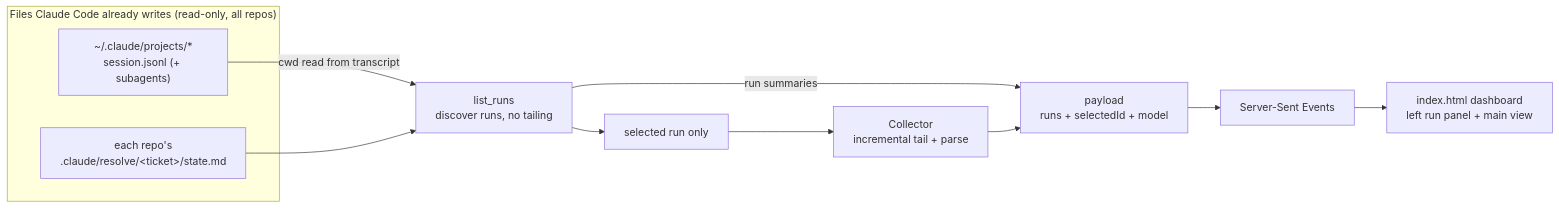
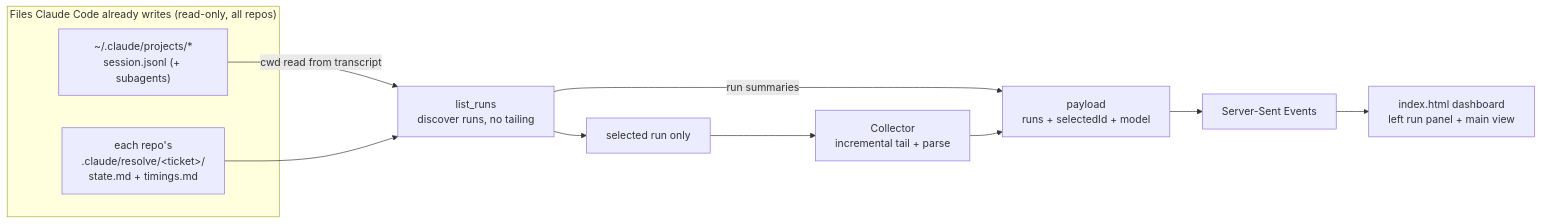
The diagram in plugins/issue-to-pr-pipeline/skills/resolve-issue-dashboard/README.md (softwareone-platform/issue-to-pr), drawn with Mermaid before and after one commit. The commit also changed other lines of this file and 10 other files, not shown here.

First line of the commit message:
add per-step timings to resolve-issue pipeline

````diff
--- a/plugins/issue-to-pr-pipeline/skills/resolve-issue-dashboard/README.md
+++ b/plugins/issue-to-pr-pipeline/skills/resolve-issue-dashboard/README.md
@@ -13,15 +13,15 @@
 ```mermaid
 flowchart LR
     subgraph SOURCES["Files Claude Code already writes (read-only, all repos)"]
         PROJ["~/.claude/projects/*<br>session.jsonl (+ subagents)"]
-        ST["each repo's<br>.claude/resolve/&lt;ticket&gt;/state.md"]
+        ST["each repo's<br>.claude/resolve/&lt;ticket&gt;/<br>state.md + timings.md"]
     end
     PROJ -->|"cwd read from transcript"| DISC["list_runs<br>discover runs, no tailing"]
     ST --> DISC
     DISC -->|"run summaries"| PAY["payload<br>runs + selectedId + model"]
     DISC --> SEL["selected run only"]
     SEL --> TAIL["Collector<br>incremental tail + parse"]
     TAIL --> PAY
     PAY --> SSE["Server-Sent Events"]
     SSE --> UI["index.html dashboard<br>left run panel + main view"]
 ```
````
